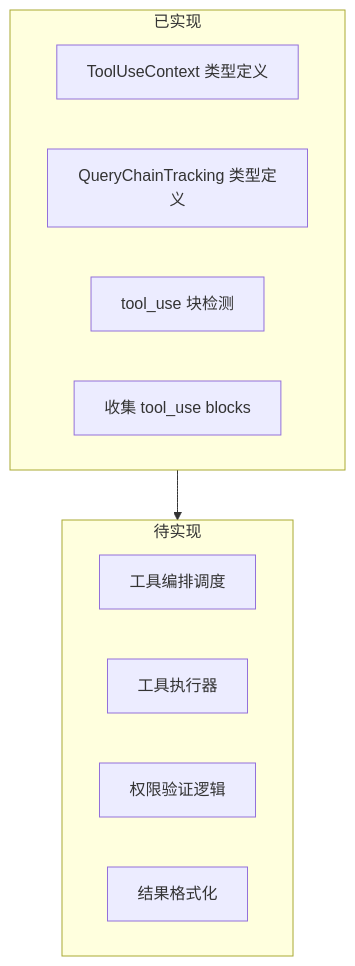
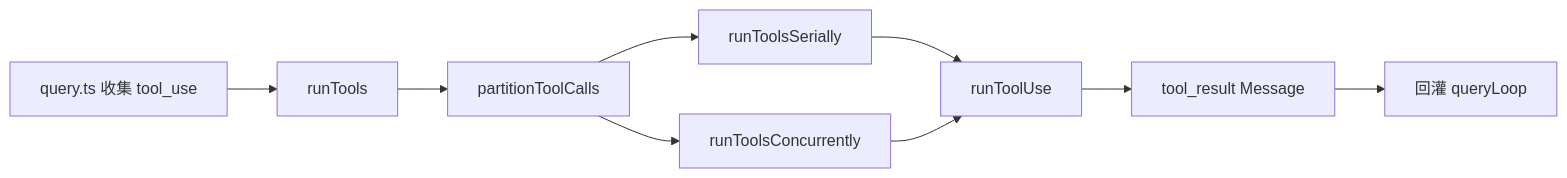
Before and after one commit to friendlyhank/claude-code-annotated: the diagram in notes/reviews/04-tool-execution-layer.md, drawn with Mermaid. The commit also changed other lines of this file and 13 other files, not shown here.

````diff
--- a/notes/reviews/04-tool-execution-layer.md
+++ b/notes/reviews/04-tool-execution-layer.md
@@ -18,18 +19,11 @@
 ```mermaid
-flowchart TB
-    subgraph Implemented["已实现"]
-        Context[ToolUseContext 类型定义]
-        Tracking[QueryChainTracking 类型定义]
-        Detection[tool_use 块检测]
-        Collection[收集 tool_use blocks]
-    end
-    
-    subgraph TODO["待实现"]
-        Schedule[工具编排调度]
-        Execute[工具执行器]
-        Validate[权限验证逻辑]
-        Result[结果格式化]
-    end
-    
-    Implemented --> TODO
+flowchart LR
+    Detect[query.ts 收集 tool_use] --> Orchestrate[runTools]
+    Orchestrate --> Partition[partitionToolCalls]
+    Partition --> Serial[runToolsSerially]
+    Partition --> Concurrent[runToolsConcurrently]
+    Serial --> Single[runToolUse]
+    Concurrent --> Single
+    Single --> Result[tool_result Message]
+    Result --> Query[回灌 queryLoop]
 ```
````
